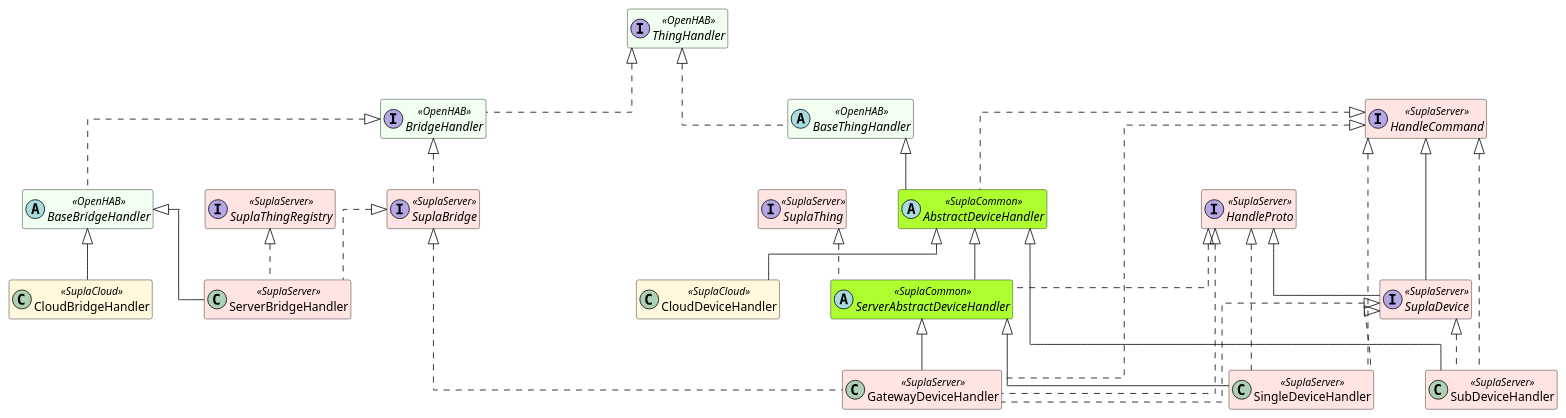
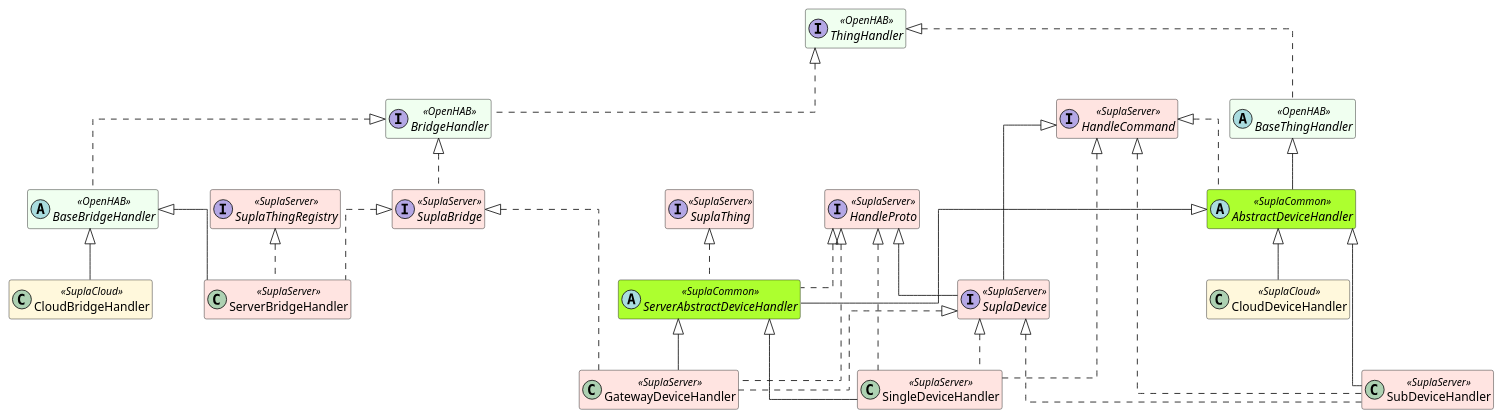
Before and after one commit to magx2/openhab-supla: the diagram in puml/handler-inheritance.puml, drawn with PlantUML.

Commit message:
Remove `HandleCommand <|.. GatewayDeviceHandler `

```diff
--- a/puml/handler-inheritance.puml
+++ b/puml/handler-inheritance.puml
@@ -1,77 +1,76 @@
 @startuml
 skinparam classAttributeIconSize 0
 skinparam linetype ortho
 skinparam nodesep 60
 skinparam ranksep 60
 hide empty members
 
 ' Keep the most-shared abstractions visually at the top
 top to bottom direction
 
 skinparam class {
 BackgroundColor<<OpenHAB>> HoneyDew
 BackgroundColor<<SuplaCloud>> Cornsilk
 BackgroundColor<<SuplaServer>> MistyRose
 BackgroundColor<<SuplaCommon>> GreenYellow
 }
 
 ' Anchor heavily used OpenHAB and Supla abstractions on the top rank
 interface ThingHandler <<OpenHAB>>
 interface BridgeHandler <<OpenHAB>>
 abstract class BaseThingHandler <<OpenHAB>>
 abstract class BaseBridgeHandler <<OpenHAB>>
 
 abstract class AbstractDeviceHandler <<SuplaCommon>>
 abstract class ServerAbstractDeviceHandler <<SuplaCommon>>
 
 interface HandleCommand <<SuplaServer>>
 interface HandleProto <<SuplaServer>>
 interface SuplaDevice <<SuplaServer>>
 interface SuplaThing <<SuplaServer>>
 interface SuplaThingRegistry <<SuplaServer>>
 interface SuplaBridge <<SuplaServer>>
 
 class GatewayDeviceHandler <<SuplaServer>>
 class SingleDeviceHandler <<SuplaServer>>
 class SubDeviceHandler <<SuplaServer>>
 class ServerBridgeHandler <<SuplaServer>>
 
 class CloudBridgeHandler <<SuplaCloud>>
 class CloudDeviceHandler <<SuplaCloud>>
 
 ' OpenHAB core relationships
 ThingHandler <|.. BaseThingHandler
 ThingHandler <|.. BridgeHandler
 BridgeHandler <|.. BaseBridgeHandler
 
 ' Device handler relationships
 BaseThingHandler <|-- AbstractDeviceHandler
 AbstractDeviceHandler <|-- ServerAbstractDeviceHandler
 AbstractDeviceHandler <|-- SubDeviceHandler
 AbstractDeviceHandler <|-- CloudDeviceHandler
 ServerAbstractDeviceHandler <|-- GatewayDeviceHandler
 ServerAbstractDeviceHandler <|-- SingleDeviceHandler
 
 ' Supla trait implementations (device side)
 HandleCommand <|.. AbstractDeviceHandler
 HandleCommand <|.. SubDeviceHandler
 HandleCommand <|.. SingleDeviceHandler
-HandleCommand <|.. GatewayDeviceHandler
 HandleProto <|.. ServerAbstractDeviceHandler
 HandleProto <|.. SingleDeviceHandler
 HandleProto <|.. GatewayDeviceHandler
 HandleCommand <|-- SuplaDevice
 HandleProto <|-- SuplaDevice
 SuplaDevice <|.. SubDeviceHandler
 SuplaDevice <|.. SingleDeviceHandler
 SuplaDevice <|.. GatewayDeviceHandler
 SuplaThing <|.. ServerAbstractDeviceHandler
 
 ' Bridge handler relationships
 BaseBridgeHandler <|-- CloudBridgeHandler
 BaseBridgeHandler <|-- ServerBridgeHandler
 BridgeHandler <|.. SuplaBridge
 SuplaBridge <|.. GatewayDeviceHandler
 SuplaBridge <|.. ServerBridgeHandler
 SuplaThingRegistry <|.. ServerBridgeHandler
 @enduml
```
